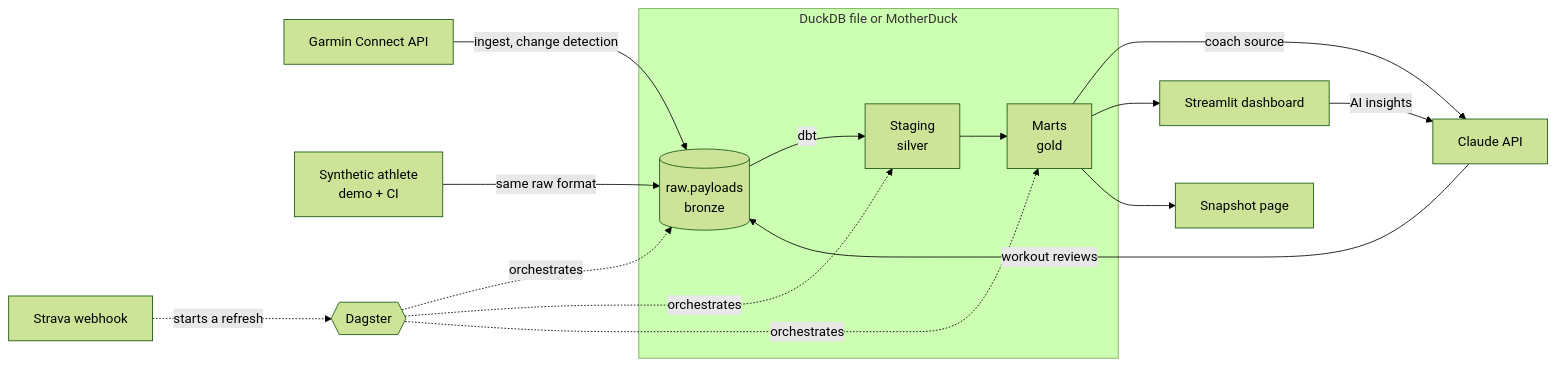
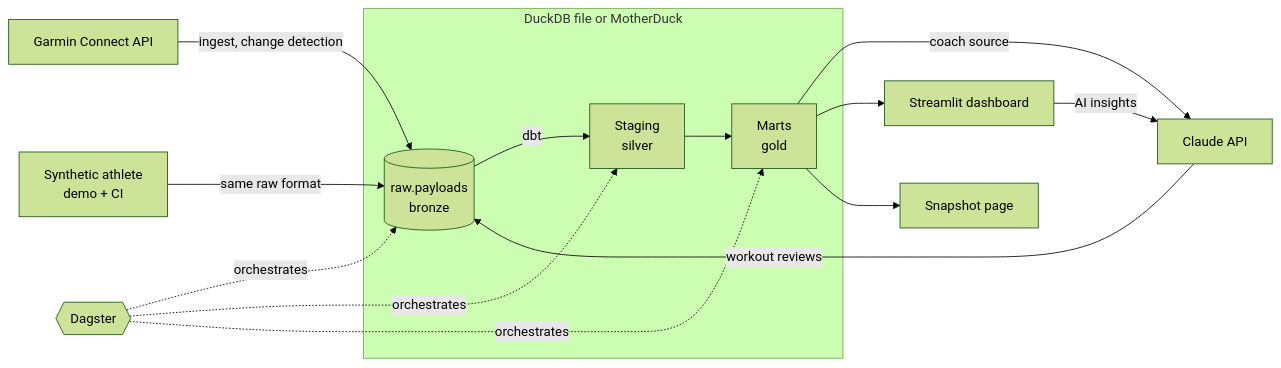
The diagram in README.md (arnogarstman/garmin_project), drawn with Mermaid (forest theme) before and after one commit. The commit also changed other lines of this file and 5 other files, not shown here.

Commit message:
Drop the Strava webhook; reviews run with each refresh

````diff
--- a/README.md
+++ b/README.md
@@ -18,16 +18,15 @@
 ```mermaid
 flowchart LR
     G[Garmin Connect API] -->|ingest, change detection| R
     S[Synthetic athlete<br/>demo + CI] -->|same raw format| R
     subgraph DB[DuckDB file or MotherDuck]
         R[(raw.payloads<br/>bronze)] -->|dbt| ST[Staging<br/>silver]
         ST --> M[Marts<br/>gold]
     end
     M -->|coach source| C[Claude API]
     C -->|workout reviews| R
     M --> D[Streamlit dashboard]
     M --> P[Snapshot page]
     D -->|AI insights| C
-    W[Strava webhook] -.starts a refresh.-> O
     O{{Dagster}} -.orchestrates.-> R & ST & M
 ```
````
